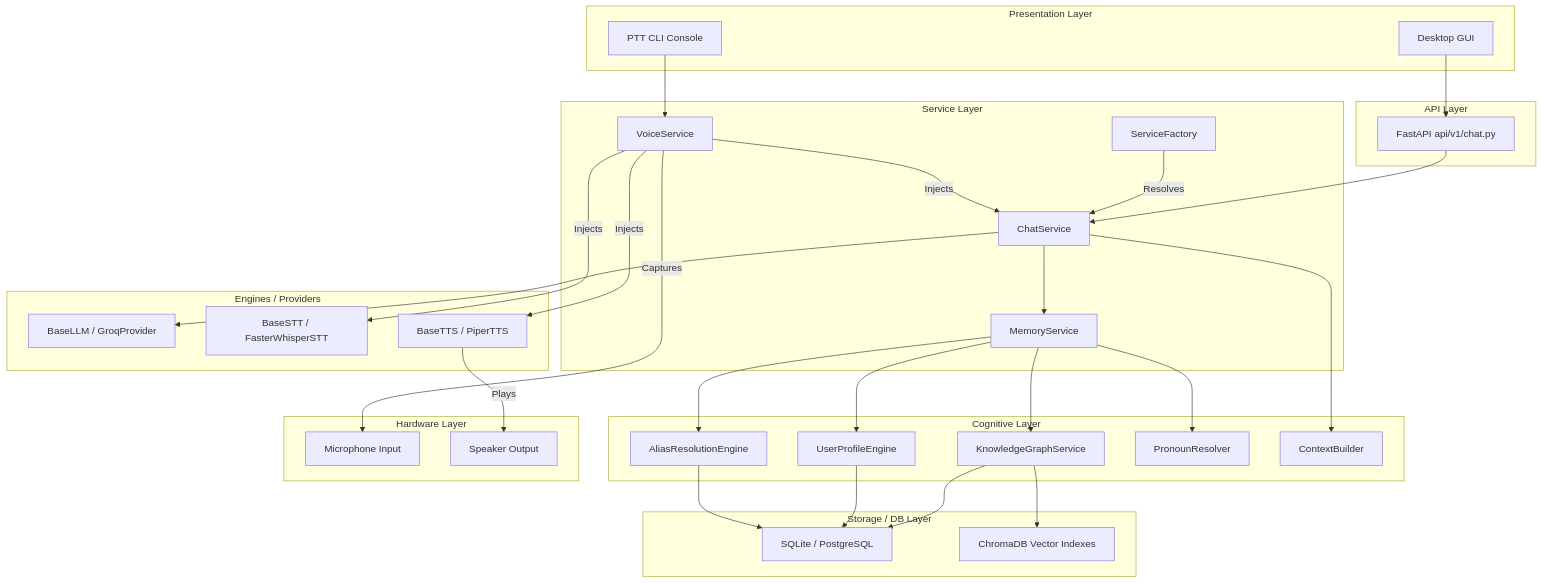
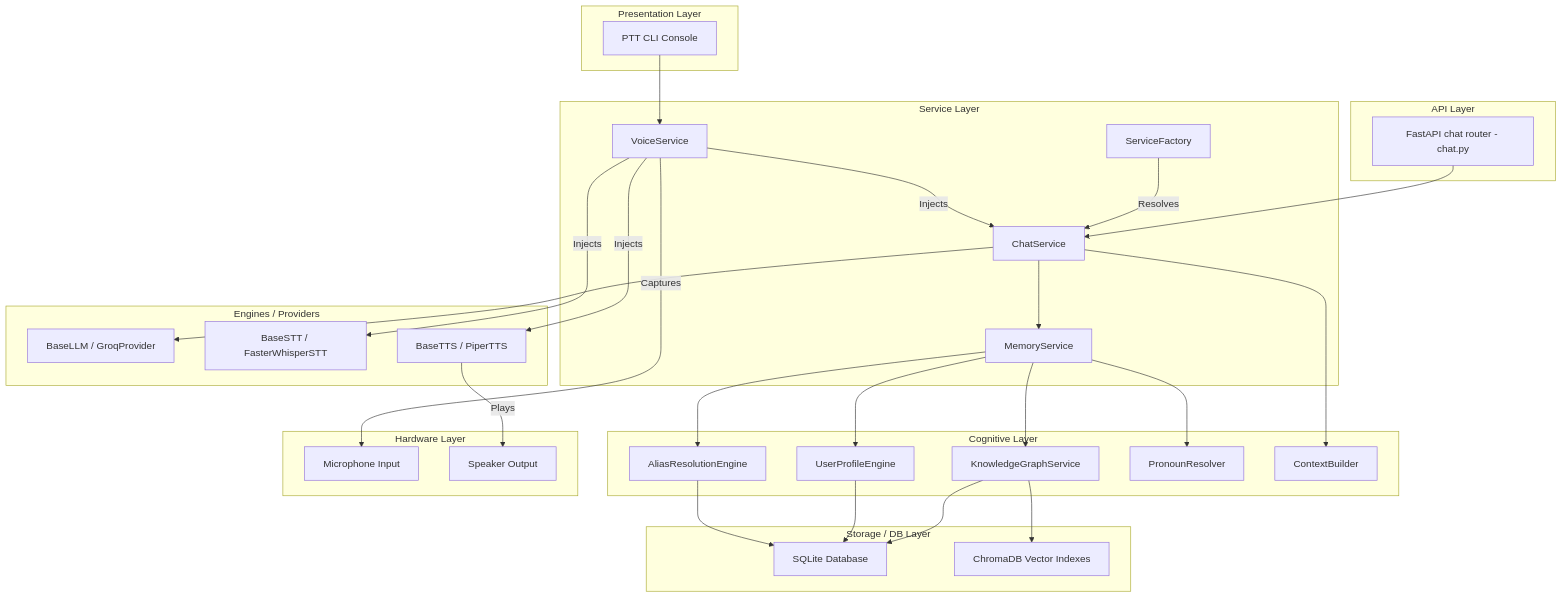
Before and after one commit to JAN-VIKASH/JARVIS: the diagram in docs/diagrams/architecture.md, drawn with Mermaid. The commit also changed other lines of this file and 20 other files, not shown here.

````diff
--- a/docs/diagrams/architecture.md
+++ b/docs/diagrams/architecture.md
@@ -10,76 +10,75 @@
 ```mermaid
 graph TD
     %% Presentation Layer
     subgraph Presentation Layer
         CLI[PTT CLI Console]
-        GUI[Desktop GUI]
+        %% GUI[Desktop GUI HUD - Planned Phase 10]
     end
 
     %% API Layer
     subgraph API Layer
-        REST[FastAPI api/v1/chat.py]
+        REST[FastAPI chat router - chat.py]
     end
 
     %% Service Layer
     subgraph Service Layer
         Factory[ServiceFactory]
         CS[ChatService]
         VS[VoiceService]
         MS[MemoryService]
     end
 
     %% Cognitive Layer
     subgraph Cognitive Layer
         KG[KnowledgeGraphService]
         UP[UserProfileEngine]
         AR[AliasResolutionEngine]
         PR[PronounResolver]
         CB[ContextBuilder]
     end
 
     %% Core Implementations
     subgraph Engines / Providers
         LLM[BaseLLM / GroqProvider]
         STT[BaseSTT / FasterWhisperSTT]
         TTS[BaseTTS / PiperTTS]
     end
 
     %% Repositories / Storage
     subgraph Storage / DB Layer
-        SQL[SQLite / PostgreSQL]
+        SQL[SQLite Database]
         Chroma[ChromaDB Vector Indexes]
     end
 
     %% Hardware Layer
     subgraph Hardware Layer
         Mic[Microphone Input]
         Spk[Speaker Output]
     end
 
     %% Connections
     CLI --> VS
-    GUI --> REST
     REST --> CS
     
     Factory -->|Resolves| CS
     VS -->|Injects| STT
     VS -->|Injects| TTS
     VS -->|Injects| CS
     
     CS --> LLM
     CS --> MS
     CS --> CB
     
     MS --> KG
     MS --> UP
     MS --> AR
     MS --> PR
     
     KG --> SQL
     KG --> Chroma
     UP --> SQL
     AR --> SQL
     
     VS -->|Captures| Mic
     TTS -->|Plays| Spk
 ```
````
